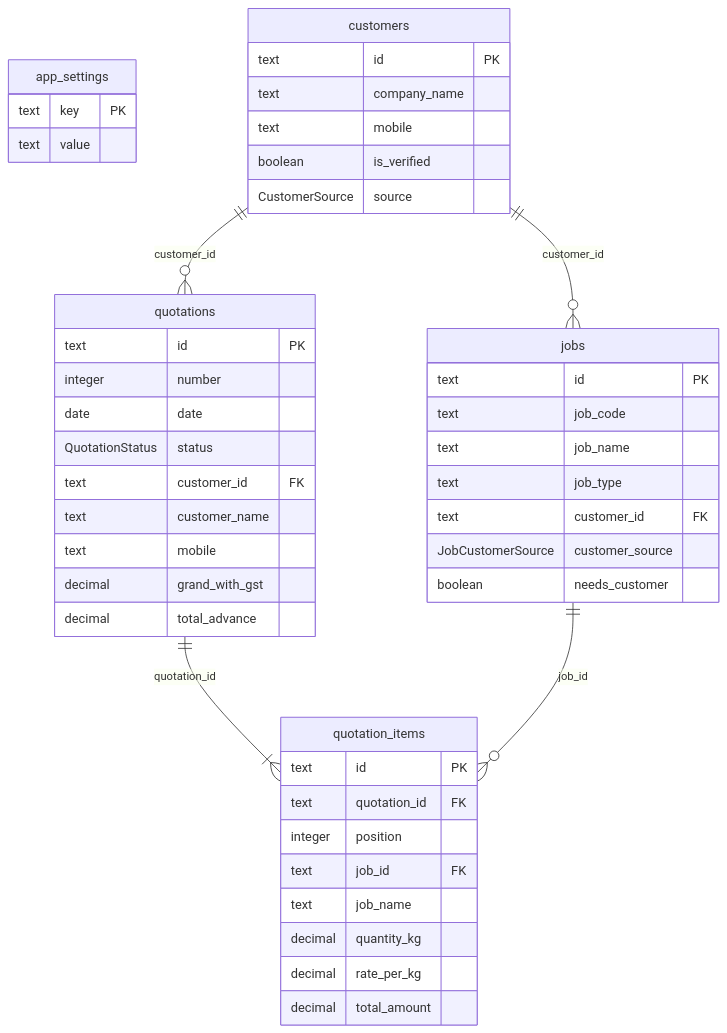
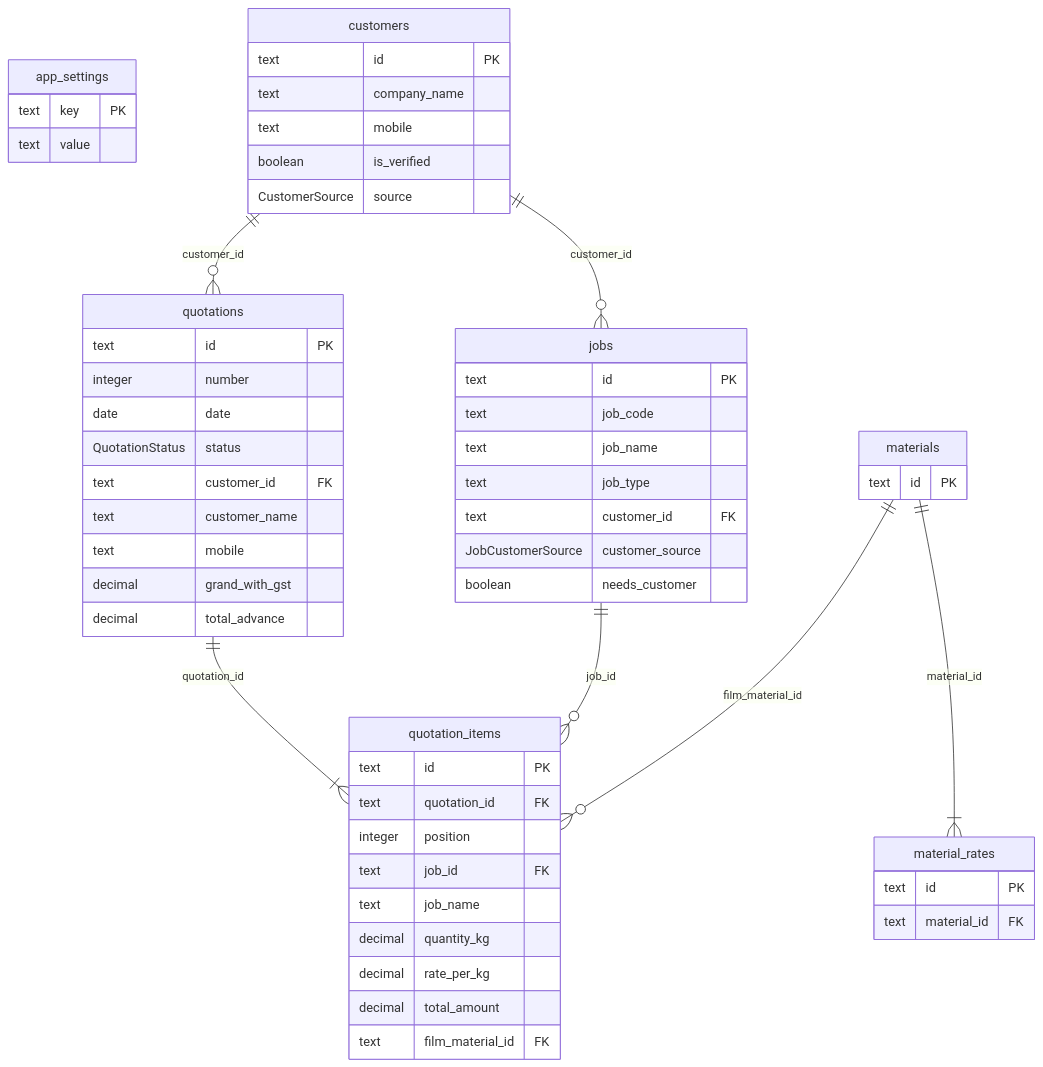
The diagram in docs/database-schema.md (AbhiSahane0/Yuva_polyprint), drawn with Mermaid before and after one commit. The commit also changed other lines of this file and 22 other files, not shown here.

First line of the commit message:
feat(rates): daily material rates, and quotations costed against them

````diff
--- a/docs/database-schema.md
+++ b/docs/database-schema.md
@@ -16,48 +16,58 @@
 ```mermaid
 erDiagram
   app_settings {
     text key PK
     text value
   }
   customers {
     text id PK
     text company_name
     text mobile
     boolean is_verified
     CustomerSource source
   }
   jobs {
     text id PK
     text job_code
     text job_name
     text job_type
     text customer_id FK
     JobCustomerSource customer_source
     boolean needs_customer
   }
+  material_rates {
+    text id PK
+    text material_id FK
+  }
+  materials {
+    text id PK
+  }
   quotation_items {
     text id PK
     text quotation_id FK
     integer position
     text job_id FK
     text job_name
     decimal quantity_kg
     decimal rate_per_kg
     decimal total_amount
+    text film_material_id FK
   }
   quotations {
     text id PK
     integer number
     date date
     QuotationStatus status
     text customer_id FK
     text customer_name
     text mobile
     decimal grand_with_gst
     decimal total_advance
   }
   customers ||--o{ jobs : "customer_id"
   customers ||--o{ quotations : "customer_id"
   quotations ||--|{ quotation_items : "quotation_id"
   jobs ||--o{ quotation_items : "job_id"
+  materials ||--o{ quotation_items : "film_material_id"
+  materials ||--|{ material_rates : "material_id"
 ```
````
